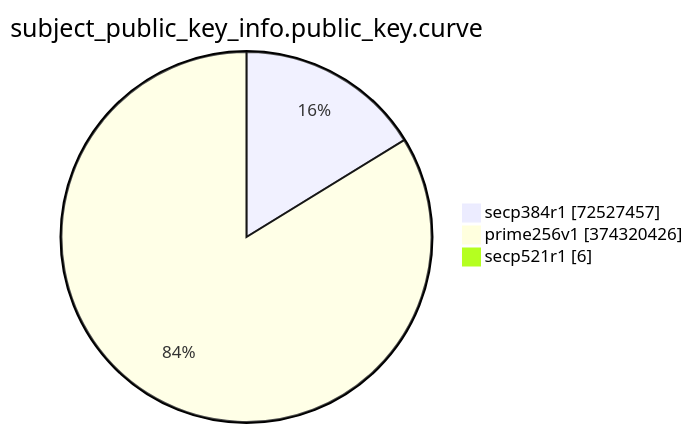
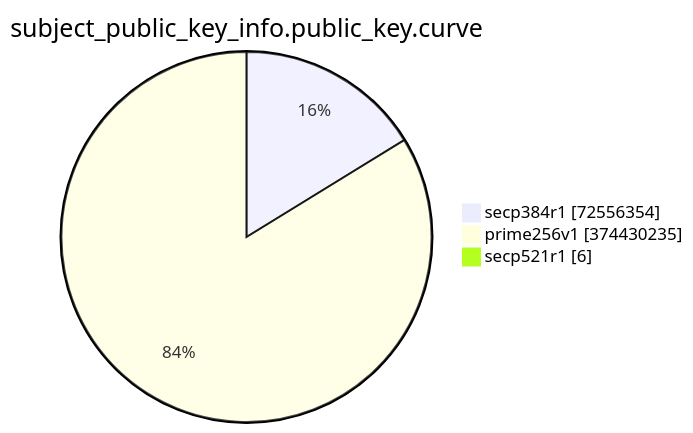
One commit to christiankrug/ctmonitor_visualization changed the eighth of 15 diagrams in TOTAL/README.md. Above: the diagram before and after it, drawn with Mermaid. The commit also changed other lines of this file, not shown here.

````diff
--- a/TOTAL/README.md
+++ b/TOTAL/README.md
@@ -3094,7 +3094,7 @@
 ```mermaid
 pie showData
 title subject_public_key_info.public_key.curve
-"secp384r1" :72527457
-"prime256v1" :374320426
+"secp384r1" :72556354
+"prime256v1" :374430235
 "secp521r1" :6
 ```
````
